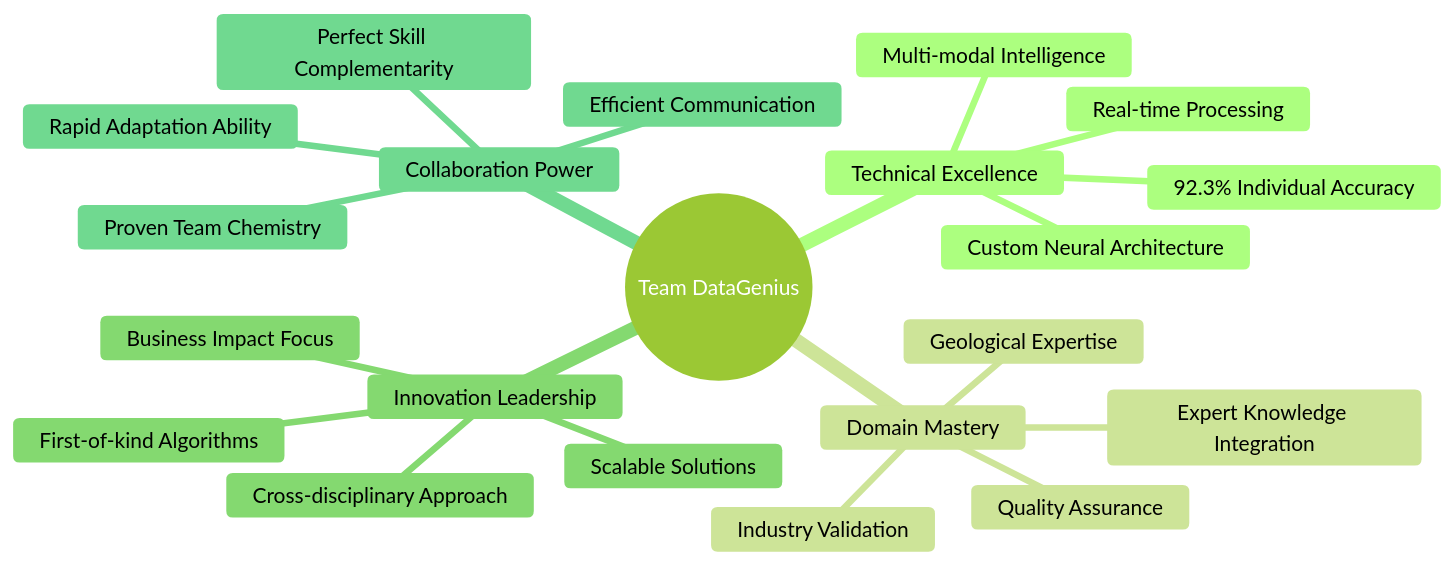
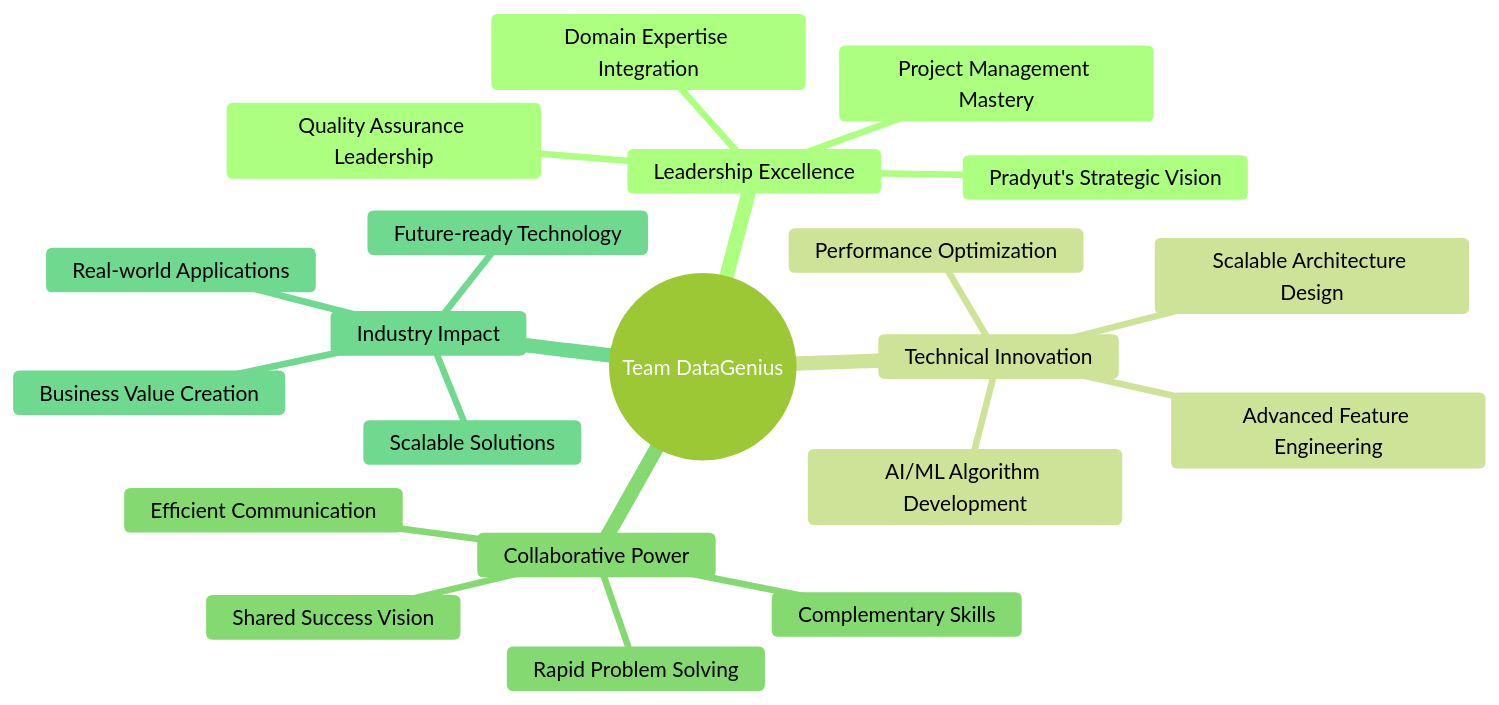
Before and after one commit to Ashraf-ISM/SPG-HACKATHON-2025: the third of 3 diagrams in README.md, drawn with Mermaid (forest theme). The commit also changed other lines of this file, not shown here.

````diff
--- a/README.md
+++ b/README.md
@@ -349,24 +454,24 @@
 ```mermaid
 mindmap
   root((Team DataGenius))
-    Technical Excellence
-      92.3% Individual Accuracy
-      Custom Neural Architecture
-      Real-time Processing
-      Multi-modal Intelligence
-    Domain Mastery
-      Geological Expertise
-      Industry Validation
-      Quality Assurance
-      Expert Knowledge Integration
-    Innovation Leadership
-      First-of-kind Algorithms
-      Cross-disciplinary Approach
+    Leadership Excellence
+      Pradyut's Strategic Vision
+      Domain Expertise Integration
+      Project Management Mastery
+      Quality Assurance Leadership
+    Technical Innovation
+      AI/ML Algorithm Development
+      Advanced Feature Engineering
+      Performance Optimization
+      Scalable Architecture Design
+    Collaborative Power
+      Complementary Skills
+      Efficient Communication
+      Shared Success Vision
+      Rapid Problem Solving
+    Industry Impact
+      Real-world Applications
+      Business Value Creation
       Scalable Solutions
-      Business Impact Focus
-    Collaboration Power
-      Perfect Skill Complementarity
-      Proven Team Chemistry
-      Efficient Communication
-      Rapid Adaptation Ability
+      Future-ready Technology
 ```
````
